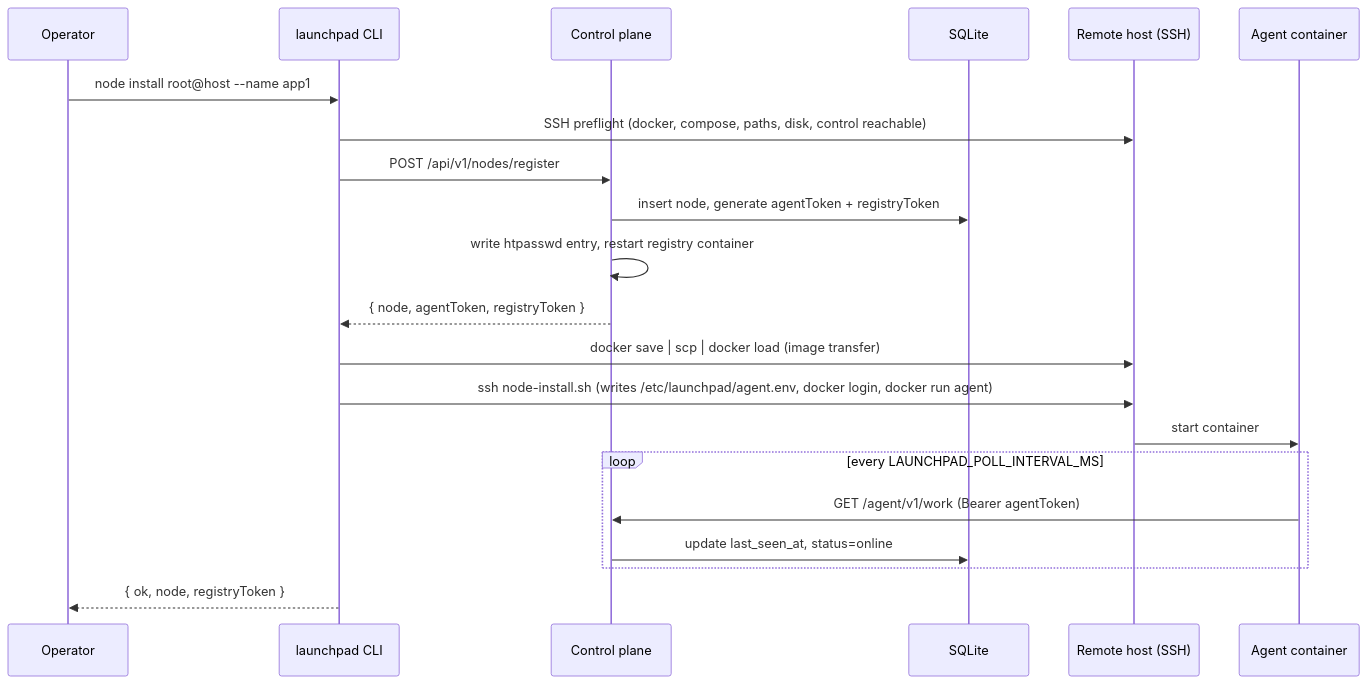
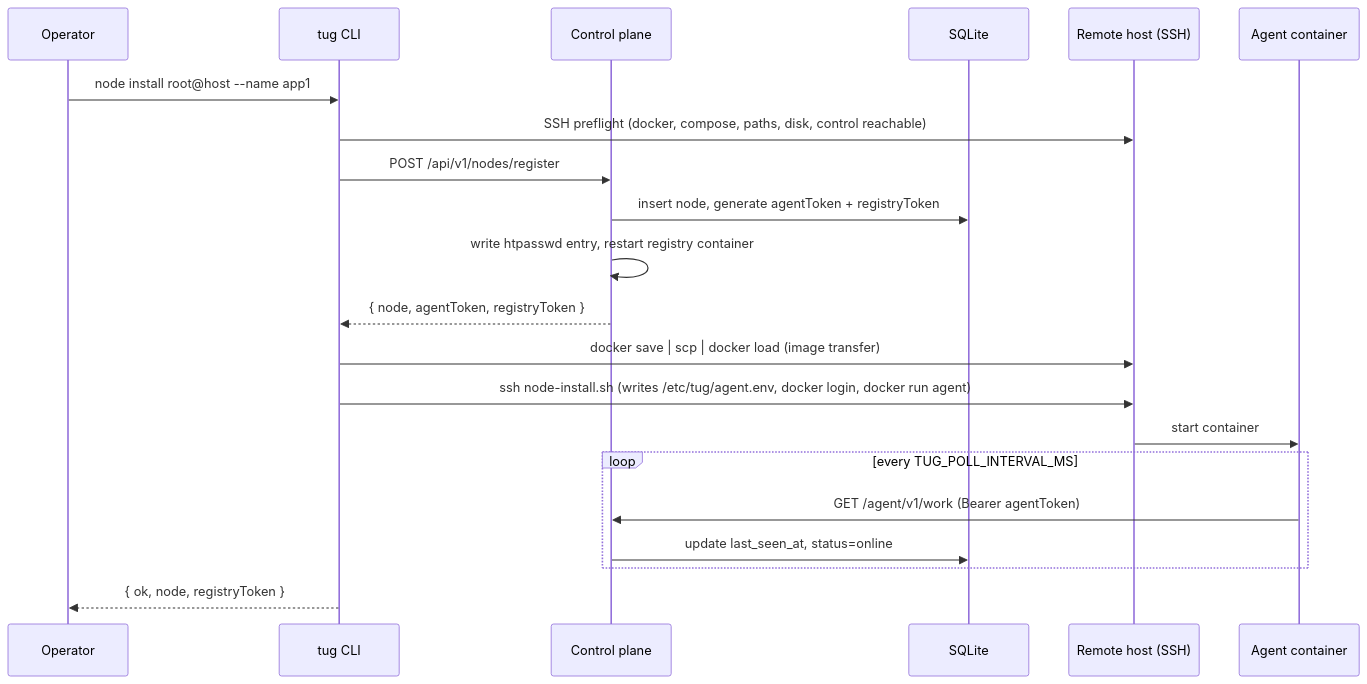
One commit to wpelevator/tug changed the first of 4 diagrams in docs/architecture.md. Above: the diagram before and after it, drawn with Mermaid. The commit also changed other lines of this file and 56 other files, not shown here.

First line of the commit message:
Rename Launchpad to Tug

````diff
--- a/docs/architecture.md
+++ b/docs/architecture.md
@@ -26,24 +26,24 @@
 ```mermaid
 sequenceDiagram
     participant Op as Operator
-    participant CLI as launchpad CLI
+    participant CLI as tug CLI
     participant Ctrl as Control plane
     participant DB as SQLite
     participant Host as Remote host (SSH)
     participant Agent as Agent container
 
     Op->>CLI: node install root@host --name app1
     CLI->>Host: SSH preflight (docker, compose, paths, disk, control reachable)
     CLI->>Ctrl: POST /api/v1/nodes/register
     Ctrl->>DB: insert node, generate agentToken + registryToken
     Ctrl->>Ctrl: write htpasswd entry, restart registry container
     Ctrl-->>CLI: { node, agentToken, registryToken }
     CLI->>Host: docker save | scp | docker load (image transfer)
-    CLI->>Host: ssh node-install.sh (writes /etc/launchpad/agent.env, docker login, docker run agent)
+    CLI->>Host: ssh node-install.sh (writes /etc/tug/agent.env, docker login, docker run agent)
     Host->>Agent: start container
-    loop every LAUNCHPAD_POLL_INTERVAL_MS
+    loop every TUG_POLL_INTERVAL_MS
         Agent->>Ctrl: GET /agent/v1/work (Bearer agentToken)
         Ctrl->>DB: update last_seen_at, status=online
     end
     CLI-->>Op: { ok, node, registryToken }
 ```
````
